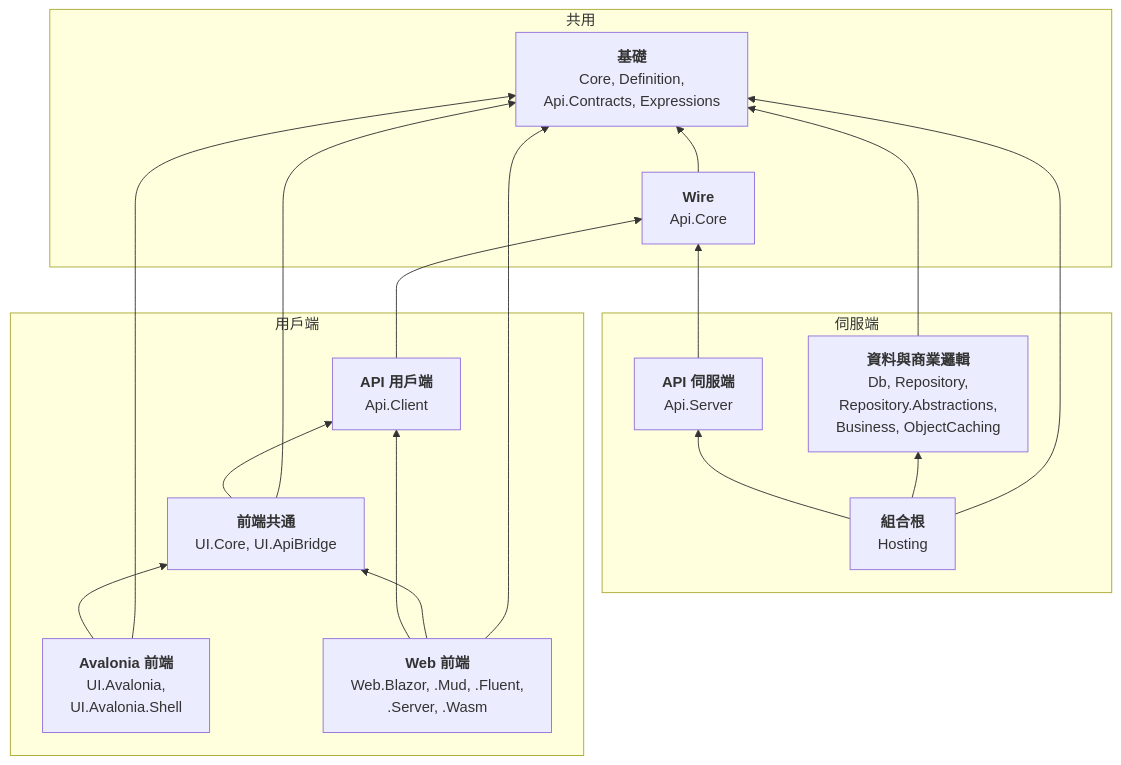
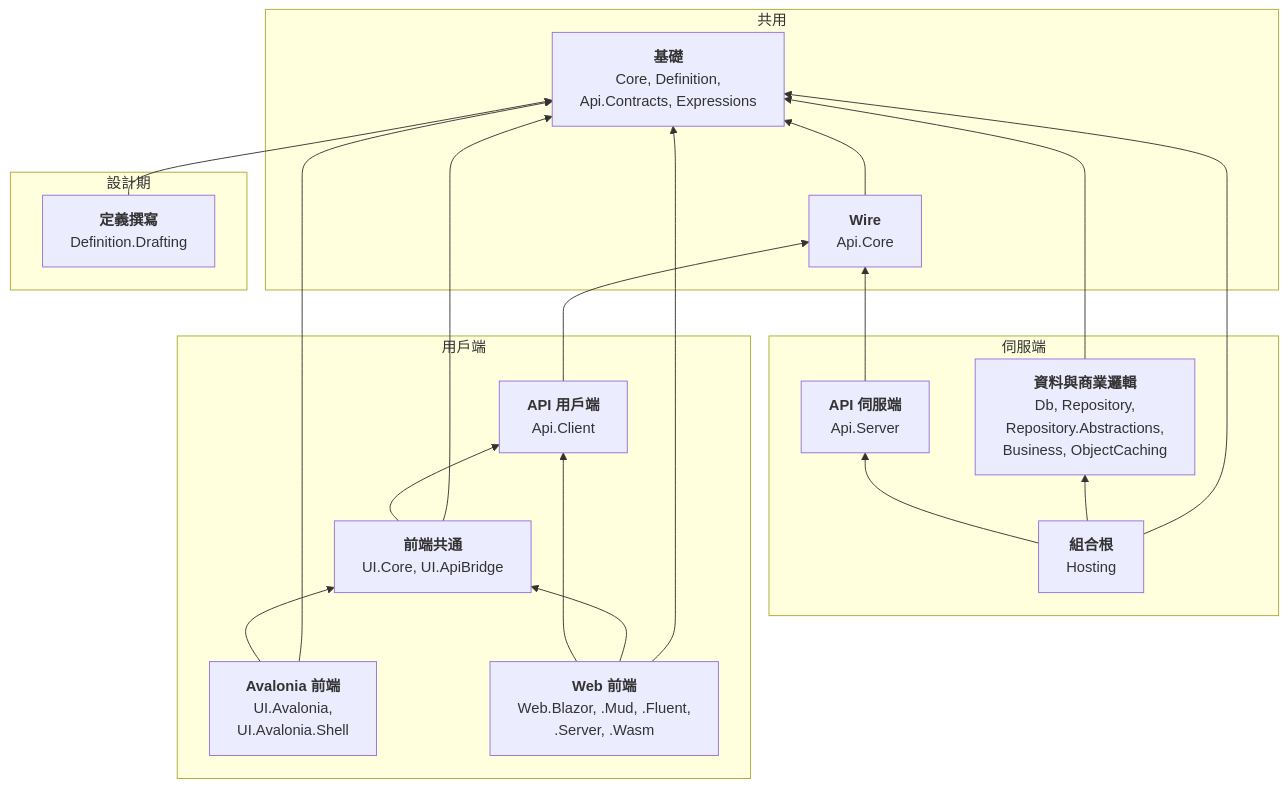
One commit to polhem-dev/polhem changed the first of 11 diagrams in docs/zh-TW/architecture/dependency-map.md. Above: the diagram before and after it, drawn with Mermaid. The commit also changed other lines of this file and 29 other files, not shown here.

First line of the commit message:
Add Polhem.Definition.Drafting: document reading, form draft model and converter (#485)

````diff
--- a/docs/zh-TW/architecture/dependency-map.md
+++ b/docs/zh-TW/architecture/dependency-map.md
@@ -18,33 +18,37 @@
 ```mermaid
 graph BT
   subgraph SharedSide ["共用"]
     Foundation["<b>基礎</b><br/>Core, Definition,<br/>Api.Contracts, Expressions"]
     Wire["<b>Wire</b><br/>Api.Core"]
   end
   subgraph ServerSide ["伺服端"]
     Backend["<b>資料與商業邏輯</b><br/>Db, Repository,<br/>Repository.Abstractions,<br/>Business, ObjectCaching"]
     ApiServer["<b>API 伺服端</b><br/>Api.Server"]
     Composition["<b>組合根</b><br/>Hosting"]
   end
   subgraph ClientSide ["用戶端"]
     ApiClient["<b>API 用戶端</b><br/>Api.Client"]
     FrontShared["<b>前端共通</b><br/>UI.Core, UI.ApiBridge"]
     Avalonia["<b>Avalonia 前端</b><br/>UI.Avalonia,<br/>UI.Avalonia.Shell"]
     Web["<b>Web 前端</b><br/>Web.Blazor, .Mud, .Fluent,<br/>.Server, .Wasm"]
   end
+  subgraph DesignSide ["設計期"]
+    Authoring["<b>定義撰寫</b><br/>Definition.Drafting"]
+  end
 
   Wire --> Foundation
   Backend --> Foundation
   ApiServer --> Wire
   Composition --> Foundation
   Composition --> Backend
   Composition --> ApiServer
   ApiClient --> Wire
   FrontShared --> Foundation
   FrontShared --> ApiClient
   Avalonia --> Foundation
   Avalonia --> FrontShared
   Web --> Foundation
   Web --> FrontShared
   Web --> ApiClient
+  Authoring --> Foundation
 ```
````
